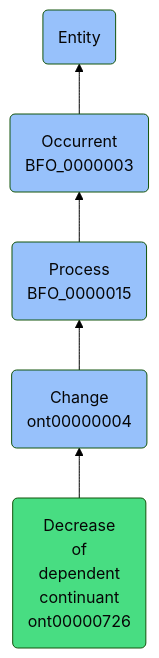
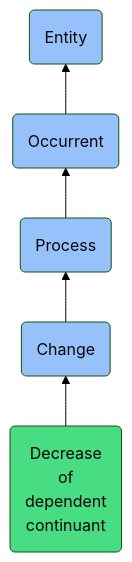
One commit to jupyter-naas/abi changed the diagram in docs/ontology/reference/model/Entity/Occurrent/Process/Change/Decrease of dependent continuant/Decrease of dependent continuant.md. Above: the diagram before and after it, drawn with Mermaid (forest theme). The commit also changed other lines of this file and 1430 other files, not shown here.

````diff
--- a/docs/ontology/reference/model/Entity/Occurrent/Process/Change/Decrease of dependent continuant/Decrease of dependent continuant.md
+++ b/docs/ontology/reference/model/Entity/Occurrent/Process/Change/Decrease of dependent continuant/Decrease of dependent continuant.md
@@ -24,12 +24,12 @@
 ```mermaid
 graph BT
-    ont00000726(Decrease<br>of<br>dependent<br>continuant<br>ont00000726):::ABI-->ont00000004
-    ont00000004(Change<br>ont00000004):::BFO-->BFO_0000015
-    BFO_0000015(Process<br>BFO_0000015):::BFO-->BFO_0000003
-    BFO_0000003(Occurrent<br>BFO_0000003):::BFO-->BFO_0000001
+    ont00000726(Decrease<br>of<br>dependent<br>continuant):::ABI-->ont00000004
+    ont00000004(Change):::BFO-->BFO_0000015
+    BFO_0000015(Process):::BFO-->BFO_0000003
+    BFO_0000003(Occurrent):::BFO-->BFO_0000001
     BFO_0000001(Entity):::BFO
     
     classDef BFO fill:#97c1fb,color:#060606
     classDef CCO fill:#e4c51e,color:#060606
     classDef ABI fill:#48DD82,color:#060606
 ```
````
